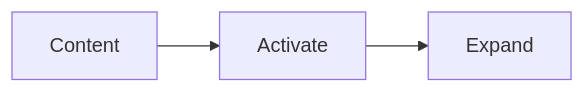
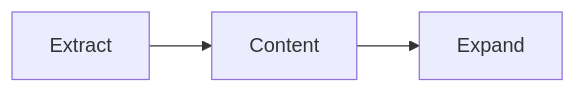
One commit to redrhino-online/red-canon changed the fifth of 5 diagrams in docs/method/motions.md. Above: the diagram before and after it, drawn with Mermaid. The commit also changed other lines of this file and 3 other files, not shown here.

````diff
--- a/docs/method/motions.md
+++ b/docs/method/motions.md
@@ -68,4 +67,4 @@
 ```mermaid
 flowchart LR
-    A[Content] --> B[Activate] --> C[Expand]
+    A[Extract] --> B[Content] --> C[Expand]
 ```
````
